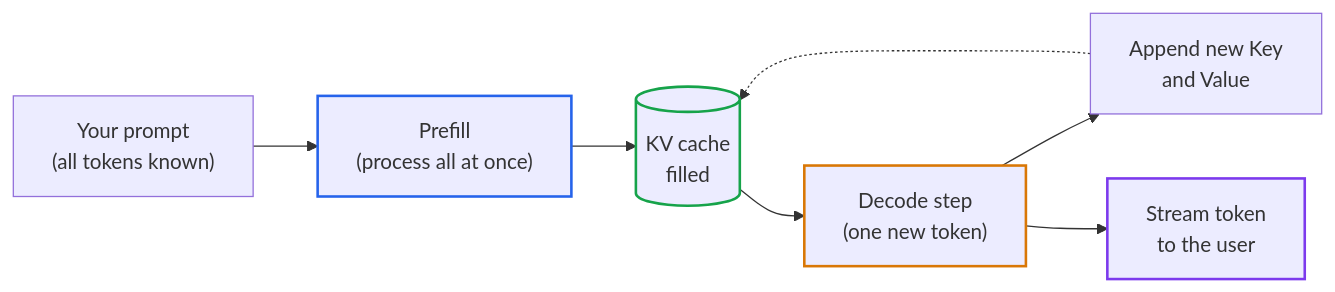
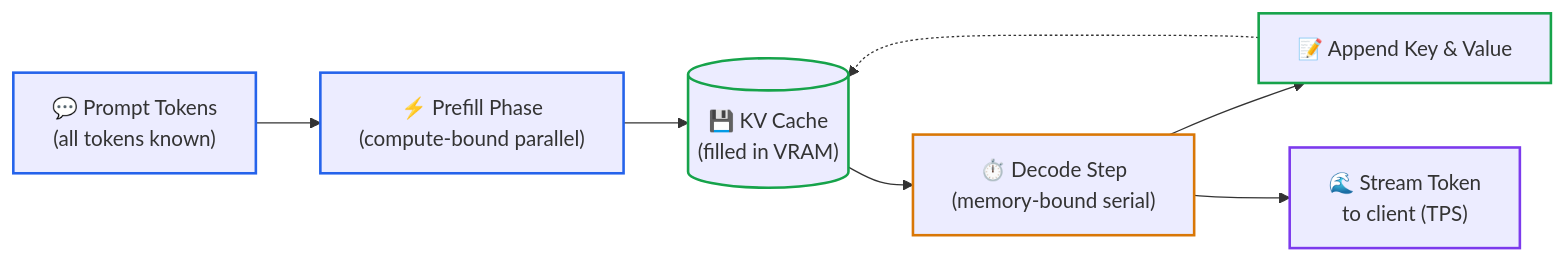
Before and after one commit to dip4k/senior-engineer-to-ai-engineer-roadmap: the first of 2 diagrams in 00-foundations-and-token-mechanics/03-kv-cache-vram-and-bandwidth-physics.md, drawn with Mermaid. The commit also changed other lines of this file and 39 other files, not shown here.

First line of the commit message:
feat(curriculum): upgrade mermaid diagrams with unicode icons & codify anti-bloat layout rules

````diff
--- a/00-foundations-and-token-mechanics/03-kv-cache-vram-and-bandwidth-physics.md
+++ b/00-foundations-and-token-mechanics/03-kv-cache-vram-and-bandwidth-physics.md
@@ -53,14 +53,16 @@
 ```mermaid
 flowchart LR
-    P["Your prompt<br>(all tokens known)"] --> F["Prefill<br>(process all at once)"]
-    F --> C[("KV cache<br>filled")]
-    C --> D["Decode step<br>(one new token)"]
-    D --> A["Append new Key<br>and Value"]
+    P["💬 Prompt Tokens<br>(all tokens known)"] --> F["⚡ Prefill Phase<br>(compute-bound parallel)"]
+    F --> C[("💾 KV Cache<br>(filled in VRAM)")]
+    C --> D["⏱️ Decode Step<br>(memory-bound serial)"]
+    D --> A["📝 Append Key & Value"]
     A -.-> C
-    D --> O["Stream token<br>to the user"]
+    D --> O["🌊 Stream Token<br>to client (TPS)"]
 
+    style P stroke:#2563eb,stroke-width:2px
     style F stroke:#2563eb,stroke-width:2px
     style D stroke:#d97706,stroke-width:2px
     style C stroke:#16a34a,stroke-width:2px
+    style A stroke:#16a34a,stroke-width:2px
     style O stroke:#7c3aed,stroke-width:2px
 ```
````
